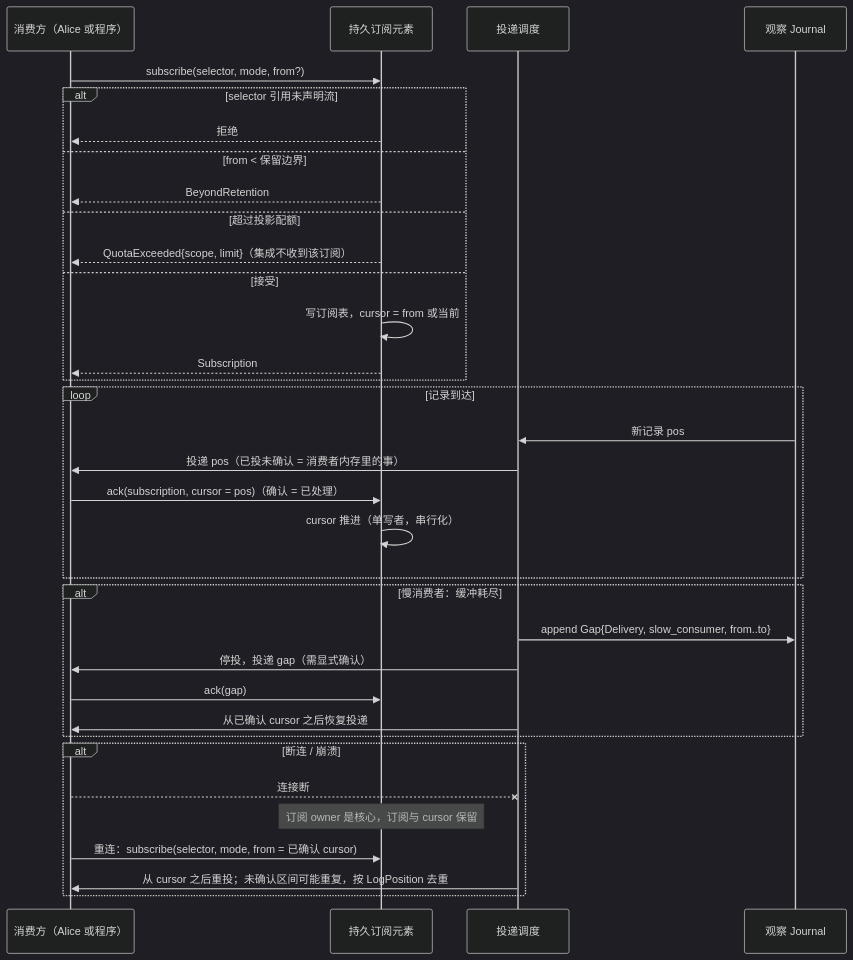
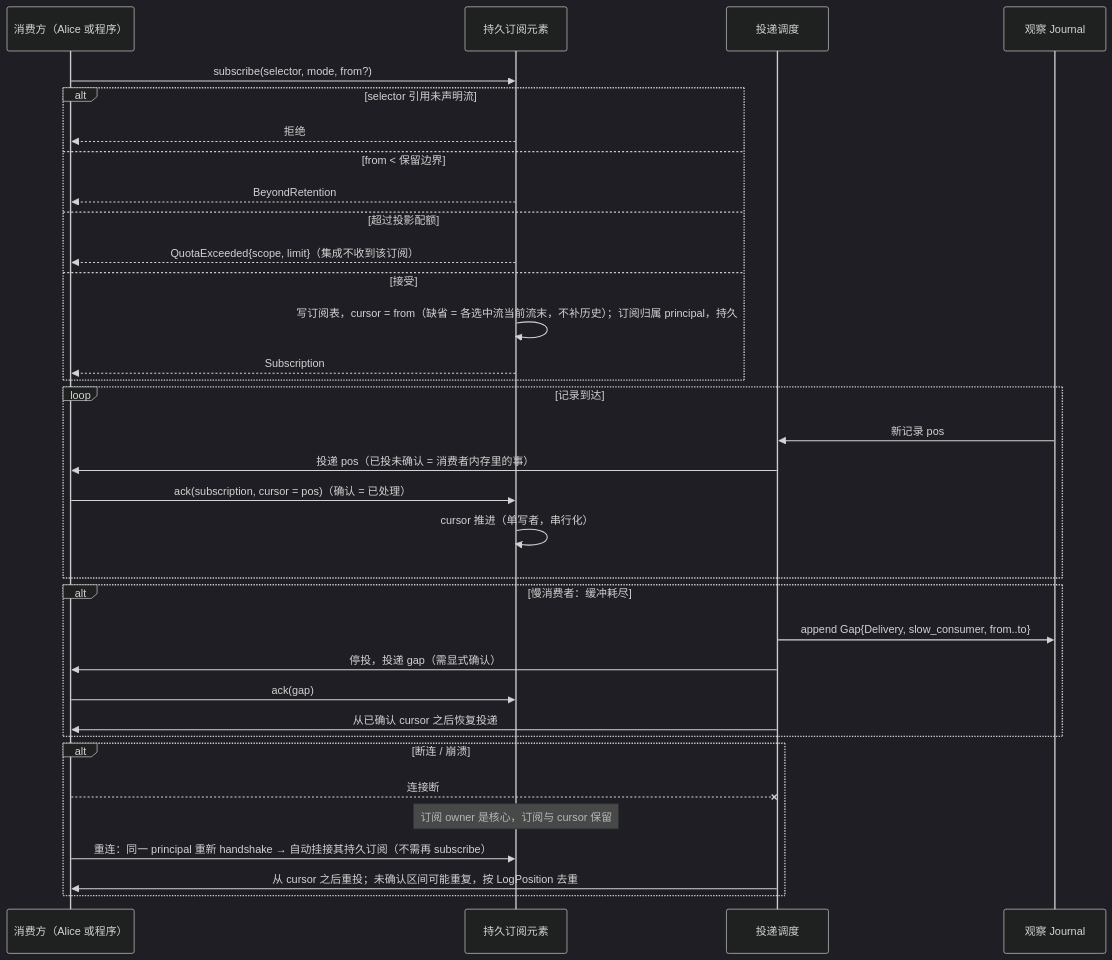
The fourth of 5 diagrams in design/diagrams/03-observation-ingest.md (mouriya-s-lab/uta), drawn with Mermaid (dark theme) before and after one commit. The commit also changed other lines of this file and 9 other files, not shown here.

Commit message:
设计：并入 astra 复核——腿身份 AttemptRef、回执/证据字节归执行事实、EffectResponse 完成事实、AwaitingTargetTerminal 有界出口、ReconciliationReopened 重开取证、取证记录矩阵（Unavailable 不算取证）、lane 集合语义贯通、恢复先判 Resolved、alignment 读当前流末 + checked_as_of、一版一决 Conflict(AlreadyDecided)、Lag/完备位置切面、唯一边=类型依赖与语义消费、XA 类比改设计标签；图 D1–D9 同步

````diff
--- a/design/diagrams/03-observation-ingest.md
+++ b/design/diagrams/03-observation-ingest.md
@@ -100,36 +105,36 @@
 ```mermaid
 sequenceDiagram
   participant C as 消费方（Alice 或程序）
   participant SUB as 持久订阅元素
   participant DL as 投递调度
   participant J as 观察 Journal
   C->>SUB: subscribe(selector, mode, from?)
   alt selector 引用未声明流
     SUB-->>C: 拒绝
   else from < 保留边界
     SUB-->>C: BeyondRetention
   else 超过投影配额
     SUB-->>C: QuotaExceeded{scope, limit}（集成不收到该订阅）
   else 接受
-    SUB->>SUB: 写订阅表，cursor = from 或当前
+    SUB->>SUB: 写订阅表，cursor = from（缺省 = 各选中流当前流末，不补历史）；订阅归属 principal，持久
     SUB-->>C: Subscription
   end
   loop 记录到达
     J->>DL: 新记录 pos
     DL->>C: 投递 pos（已投未确认 = 消费者内存里的事）
     C->>SUB: ack(subscription, cursor = pos)（确认 = 已处理）
     SUB->>SUB: cursor 推进（单写者，串行化）
   end
   alt 慢消费者：缓冲耗尽
     DL->>J: append Gap{Delivery, slow_consumer, from..to}
     DL->>C: 停投，投递 gap（需显式确认）
     C->>SUB: ack(gap)
     DL->>C: 从已确认 cursor 之后恢复投递
   end
   alt 断连 / 崩溃
     C--xDL: 连接断
     Note over SUB: 订阅 owner 是核心，订阅与 cursor 保留
-    C->>SUB: 重连：subscribe(selector, mode, from = 已确认 cursor)
+    C->>SUB: 重连：同一 principal 重新 handshake → 自动挂接其持久订阅（不需再 subscribe）
     DL->>C: 从 cursor 之后重投；未确认区间可能重复，按 LogPosition 去重
   end
 ```
````
